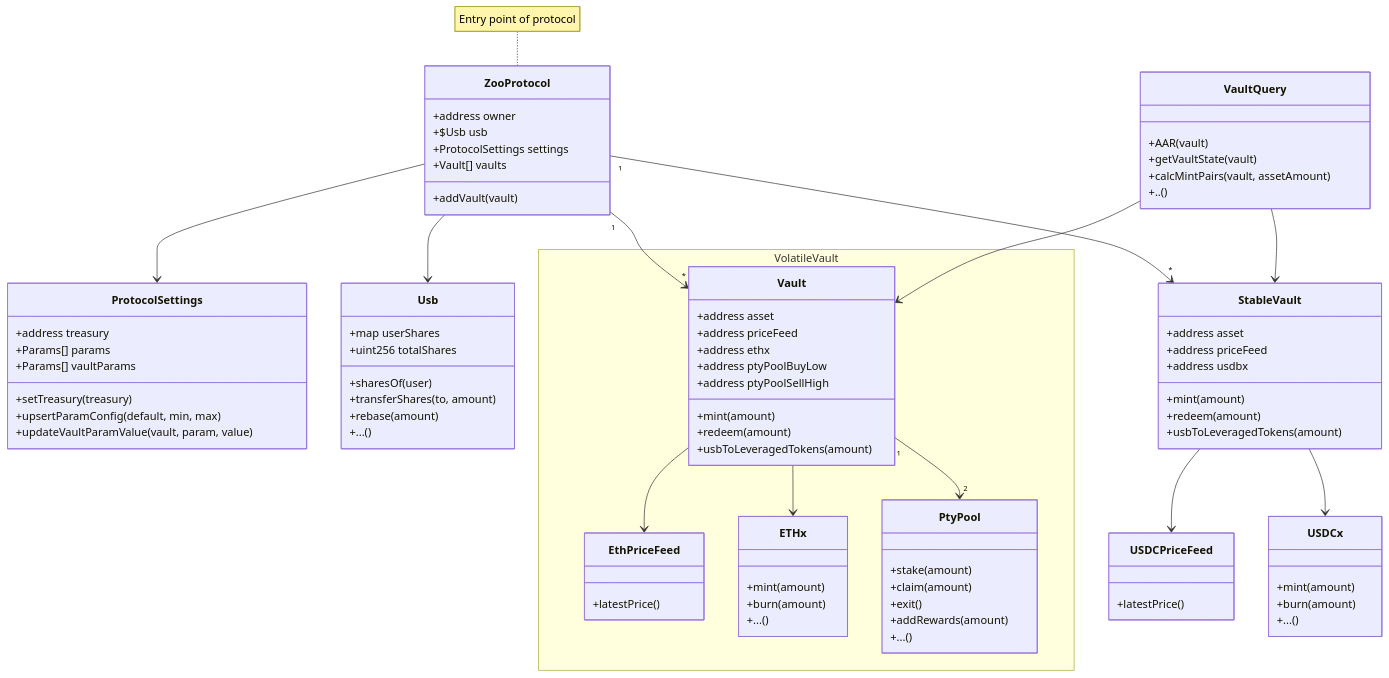
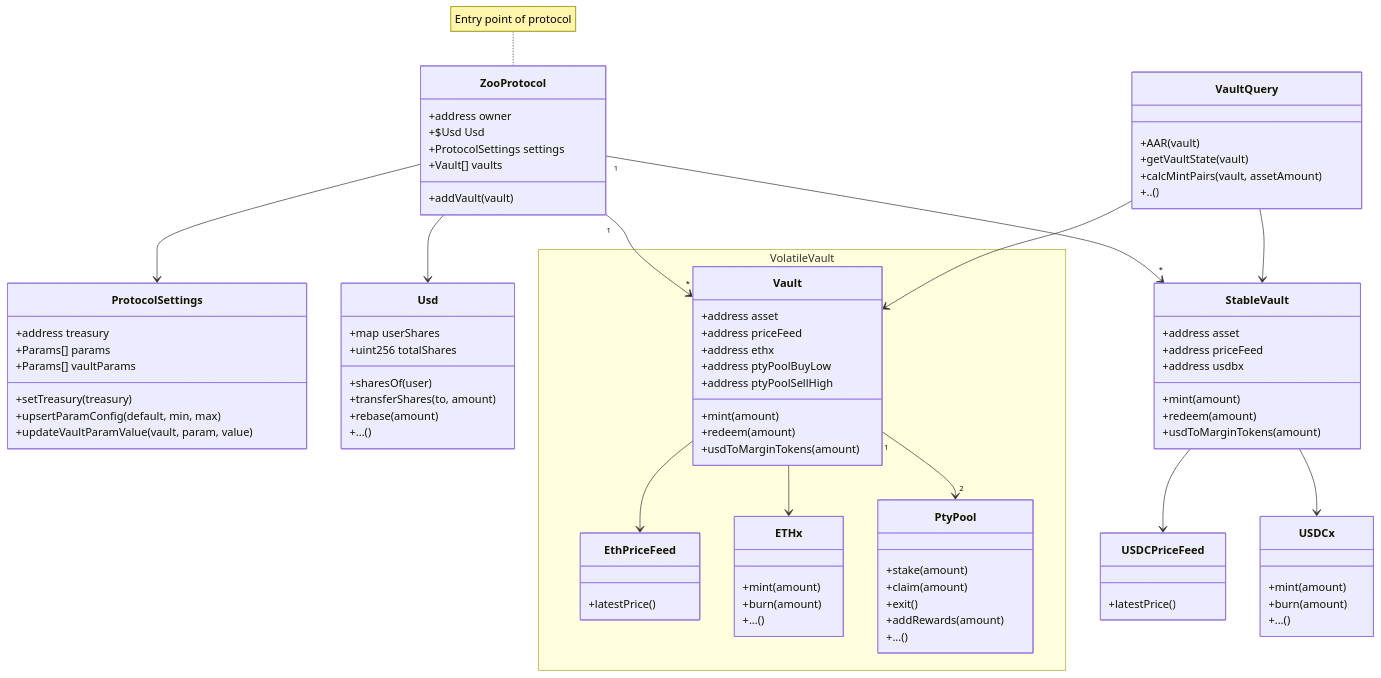
One commit to zoofiio/zoo-liquidity-vault changed the diagram in docs/overview.md. Above: the diagram before and after it, drawn with Mermaid. The commit also changed 33 other files, not shown here.

```diff
--- a/docs/overview.md
+++ b/docs/overview.md
@@ -5,7 +5,7 @@
 note for ZooProtocol "Entry point of protocol"
 class ZooProtocol {
   +address owner
-  +$Usb usb
+  +$Usd Usd
   +ProtocolSettings settings
   +Vault[] vaults
   +addVault(vault)
@@ -18,7 +18,7 @@
   +upsertParamConfig(default, min, max)
   +updateVaultParamValue(vault, param, value)
 }
-class Usb {
+class Usd {
   +map userShares
   +uint256 totalShares
   +sharesOf(user)
@@ -41,7 +41,7 @@
     +address ptyPoolSellHigh
     +mint(amount)
     +redeem(amount)
-    +usbToLeveragedTokens(amount)
+    +usdToMarginTokens(amount)
   }
   class EthPriceFeed {
     +latestPrice()
@@ -66,11 +66,11 @@
   +address usdbx
   +mint(amount)
   +redeem(amount)
-  +usbToLeveragedTokens(amount)
+  +usdToMarginTokens(amount)
 }
 
 ZooProtocol --> ProtocolSettings
-ZooProtocol --> Usb
+ZooProtocol --> Usd
 ZooProtocol "1" --> "*" Vault
 Vault --> EthPriceFeed
 Vault --> ETHx
```
